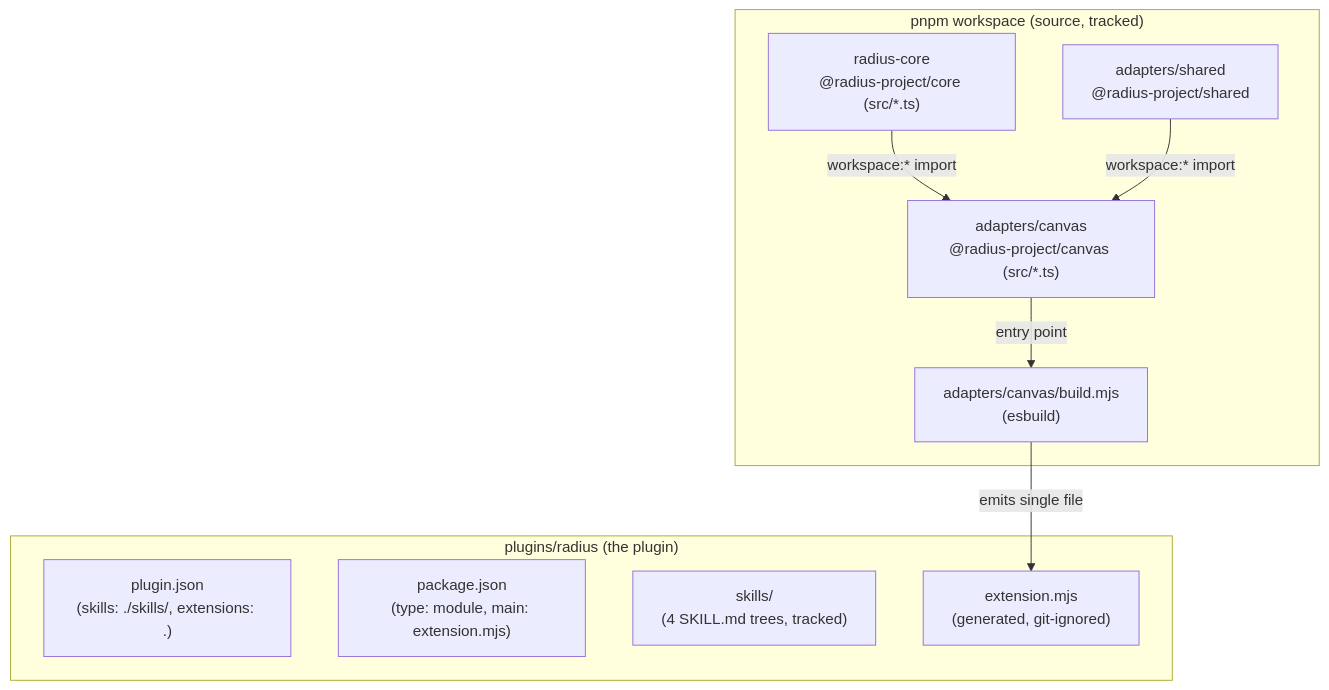
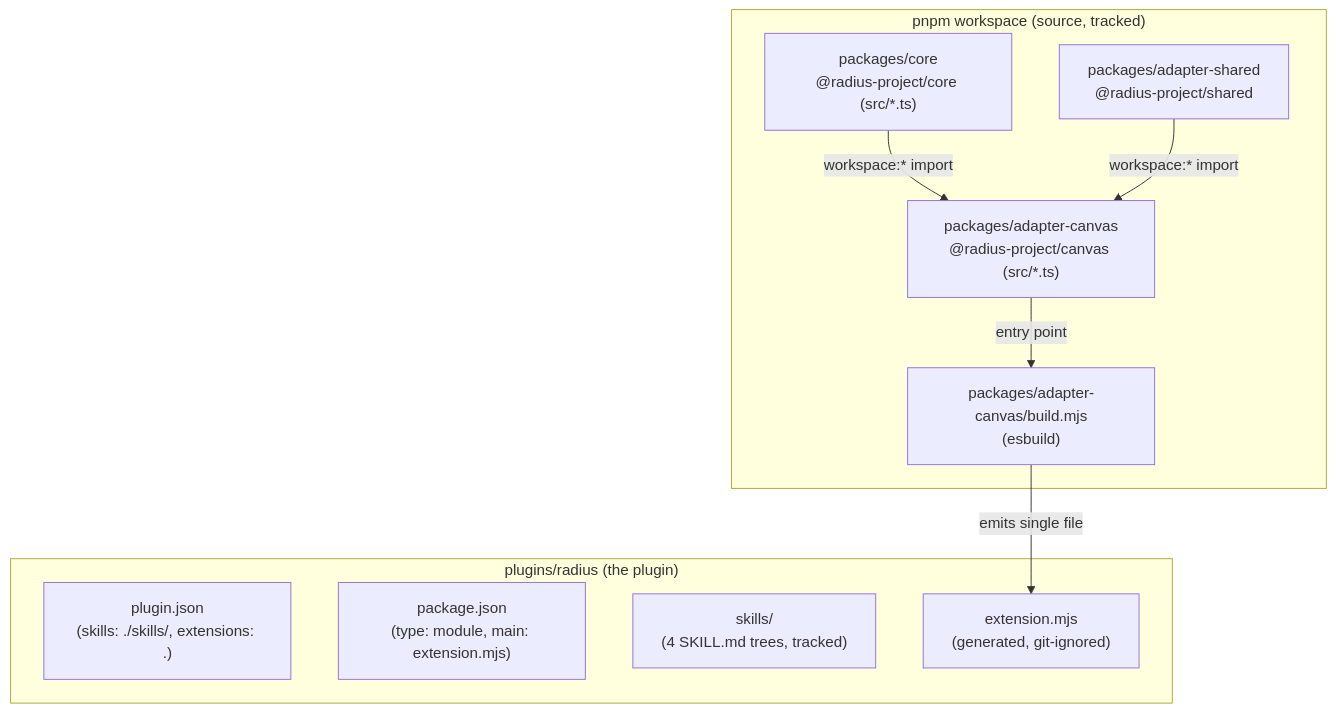
One commit to radius-project/ai-extensions changed the first of 2 diagrams in docs/architecture/plugin-packaging-and-publishing.md. Above: the diagram before and after it, drawn with Mermaid. The commit also changed other lines of this file and 34 other files, not shown here.

````diff
--- a/docs/architecture/plugin-packaging-and-publishing.md
+++ b/docs/architecture/plugin-packaging-and-publishing.md
@@ -5,21 +5,21 @@
 ```mermaid
 graph TD
     subgraph Workspace["pnpm workspace (source, tracked)"]
-        Core["radius-core<br/>@radius-project/core (src/*.ts)"]
-        Shared["adapters/shared<br/>@radius-project/shared"]
-        Canvas["adapters/canvas<br/>@radius-project/canvas (src/*.ts)"]
-        Build["adapters/canvas/build.mjs<br/>(esbuild)"]
+        Core["packages/core<br/>@radius-project/core (src/*.ts)"]
+        Shared["packages/adapter-shared<br/>@radius-project/shared"]
+        Canvas["packages/adapter-canvas<br/>@radius-project/canvas (src/*.ts)"]
+        Build["packages/adapter-canvas/build.mjs<br/>(esbuild)"]
     end
 
     subgraph PluginDir["plugins/radius (the plugin)"]
         Manifest["plugin.json<br/>(skills: ./skills/, extensions: .)"]
         Pkg["package.json<br/>(type: module, main: extension.mjs)"]
         Skills["skills/<br/>(4 SKILL.md trees, tracked)"]
         Bundle["extension.mjs<br/>(generated, git-ignored)"]
     end
 
     Core -->|workspace:* import| Canvas
     Shared -->|workspace:* import| Canvas
     Canvas -->|entry point| Build
     Build -->|emits single file| Bundle
 ```
````
